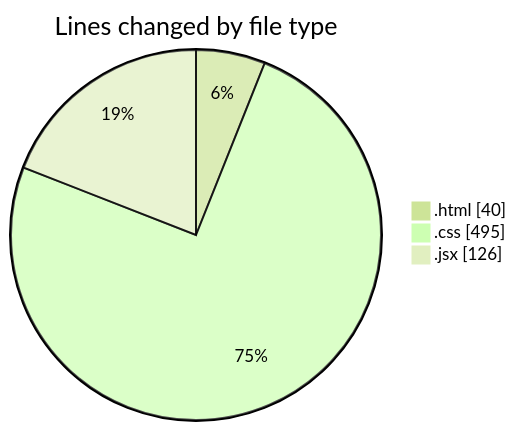
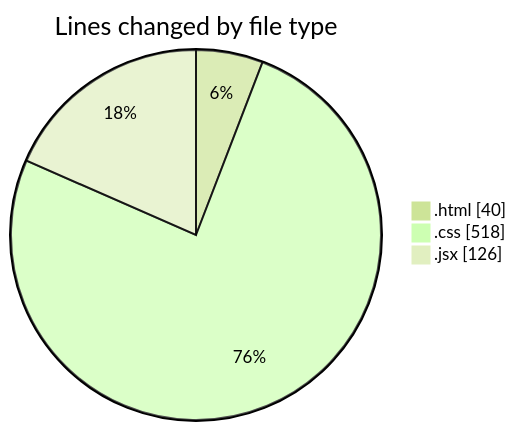
The first of 2 diagrams in 2025-05-26/projects/README.md (Ritupan-Deka/code-tracking), drawn with Mermaid (forest theme) before and after one commit. The commit also changed other lines of this file and 1 other file, not shown here.

````diff
--- a/2025-05-26/projects/README.md
+++ b/2025-05-26/projects/README.md
@@ -23,7 +23,7 @@
 ```mermaid
 pie showData
 title Lines changed by file type
 ".html" : 40
-".css" : 495
+".css" : 518
 ".jsx" : 126
 ```
````
